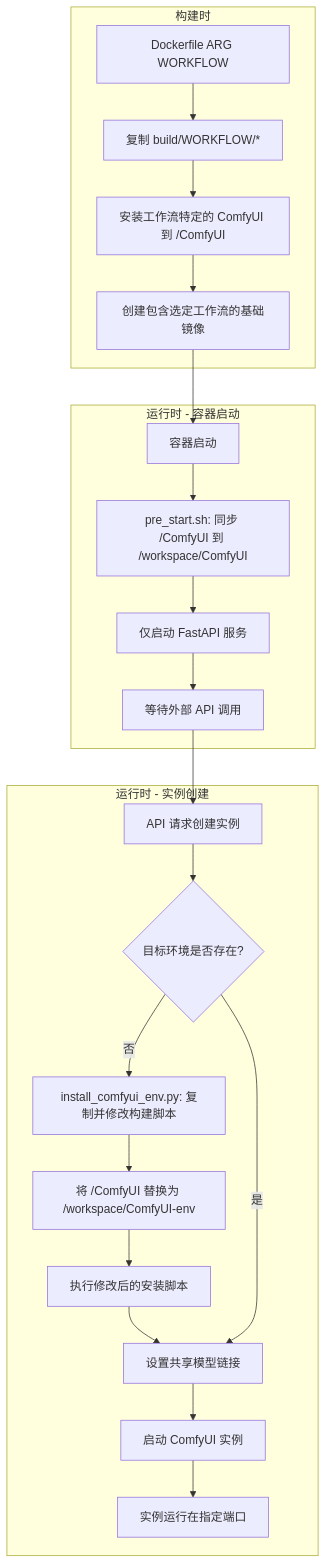
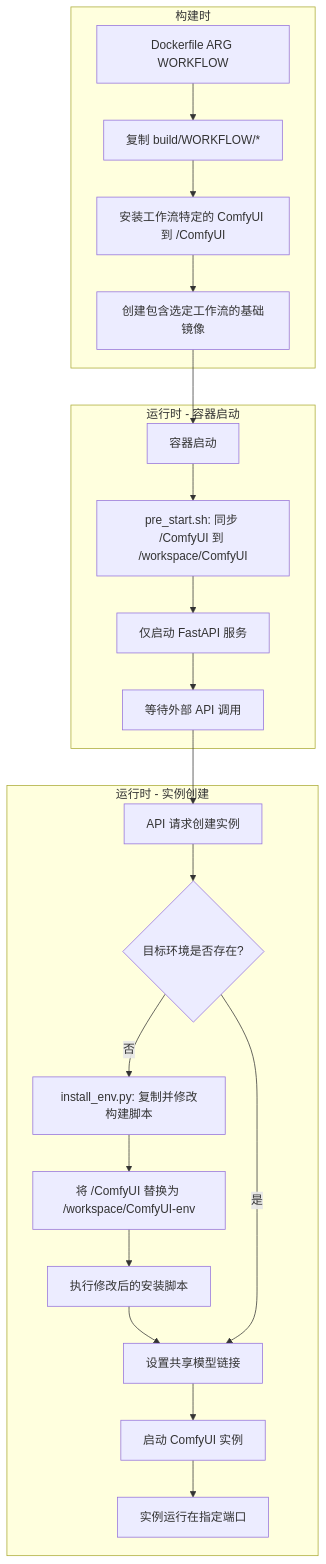
One commit to Be-As-One/comfyui-docker changed the first of 4 diagrams in README_zh.md. Above: the diagram before and after it, drawn with Mermaid. The commit also changed other lines of this file and 14 other files, not shown here.

````diff
--- a/README_zh.md
+++ b/README_zh.md
@@ -52,28 +52,28 @@
 ```mermaid
 graph TB
     subgraph "构建时"
         A1["Dockerfile ARG WORKFLOW"] --> A2["复制 build/WORKFLOW/*"]
         A2 --> A3["安装工作流特定的 ComfyUI 到 /ComfyUI"]
         A3 --> A4["创建包含选定工作流的基础镜像"]
     end
     
     subgraph "运行时 - 容器启动"
         B1["容器启动"] --> B2["pre_start.sh: 同步 /ComfyUI 到 /workspace/ComfyUI"]
         B2 --> B3["仅启动 FastAPI 服务"]
         B3 --> B4["等待外部 API 调用"]
     end
     
     subgraph "运行时 - 实例创建"
         C1["API 请求创建实例"] --> C2{"目标环境是否存在?"}
-        C2 -->|否| C3["install_comfyui_env.py: 复制并修改构建脚本"]
+        C2 -->|否| C3["install_env.py: 复制并修改构建脚本"]
         C3 --> C4["将 /ComfyUI 替换为 /workspace/ComfyUI-env"]
         C4 --> C5["执行修改后的安装脚本"]
         C5 --> C6["设置共享模型链接"]
         C2 -->|是| C6
         C6 --> C7["启动 ComfyUI 实例"]
         C7 --> C8["实例运行在指定端口"]
     end
     
     A4 --> B1
     B4 --> C1
 ```
````
